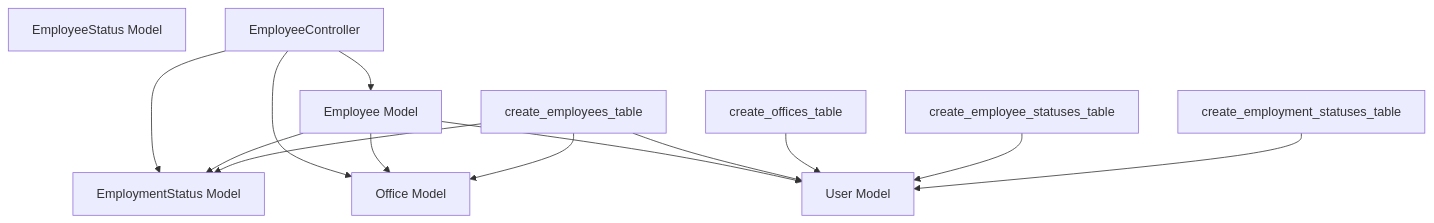
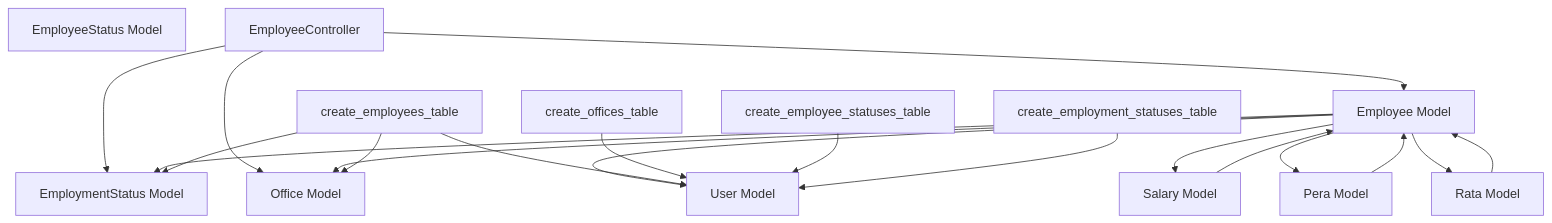
Before and after one commit to vincet0t15/template: the fourth of 4 diagrams in .qoder/repowiki/en/content/Employee Management/Employee Data Models and Relationships.md, drawn with Mermaid. The commit also changed other lines of this file and 9 other files, not shown here.

````diff
--- a/.qoder/repowiki/en/content/Employee Management/Employee Data Models and Relationships.md
+++ b/.qoder/repowiki/en/content/Employee Management/Employee Data Models and Relationships.md
@@ -345,25 +440,34 @@
 ```mermaid
 graph TB
 Employee["Employee Model"]
 EmploymentStatus["EmploymentStatus Model"]
 EmployeeStatus["EmployeeStatus Model"]
 Office["Office Model"]
 User["User Model"]
 EmployeeController["EmployeeController"]
 M_Employees["create_employees_table"]
 M_Offices["create_offices_table"]
 M_EmployeeStatuses["create_employee_statuses_table"]
 M_EmploymentStatuses["create_employment_statuses_table"]
+Salary["Salary Model"]
+Pera["Pera Model"]
+Rata["Rata Model"]
 EmployeeController --> Employee
 EmployeeController --> EmploymentStatus
 EmployeeController --> Office
 Employee --> EmploymentStatus
 Employee --> Office
 Employee --> User
+Employee --> Salary
+Employee --> Pera
+Employee --> Rata
+Salary --> Employee
+Pera --> Employee
+Rata --> Employee
 M_Employees --> EmploymentStatus
 M_Employees --> Office
 M_Employees --> User
 M_Offices --> User
 M_EmployeeStatuses --> User
 M_EmploymentStatuses --> User
 ```
````
